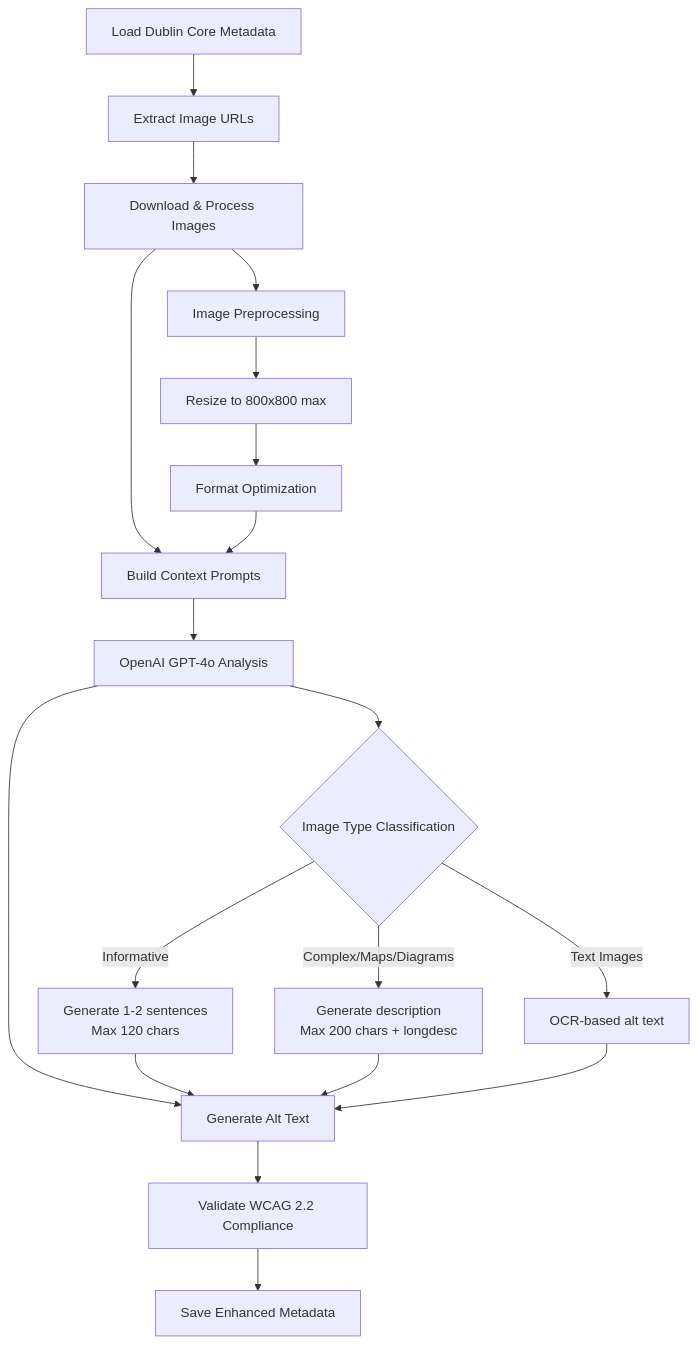
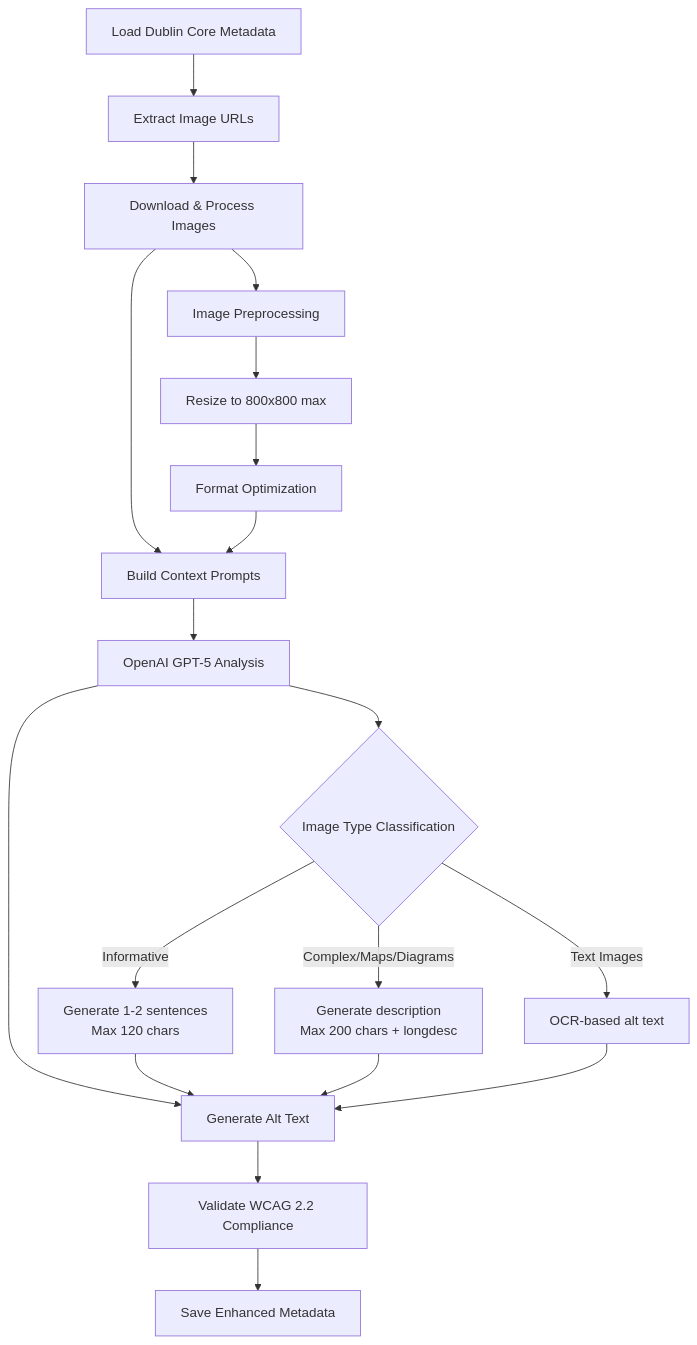
Before and after one commit to maehr/dublin-core-metadata-enhancer: the second of 7 diagrams in documentation/metadata-enhancement.md, drawn with Mermaid. The commit also changed other lines of this file and 6 other files, not shown here.

````diff
--- a/documentation/metadata-enhancement.md
+++ b/documentation/metadata-enhancement.md
@@ -45,24 +45,24 @@
 ```{mermaid}
 graph TD
     A[Load Dublin Core Metadata] --> B[Extract Image URLs]
     B --> C[Download & Process Images]
     C --> D[Build Context Prompts]
-    D --> E[OpenAI GPT-4o Analysis]
+    D --> E[OpenAI GPT-5 Analysis]
     E --> F[Generate Alt Text]
     F --> G[Validate WCAG 2.2 Compliance]
     G --> H[Save Enhanced Metadata]
 
     C --> I[Image Preprocessing]
     I --> J[Resize to 800x800 max]
     J --> K[Format Optimization]
     K --> D
 
     E --> L{Image Type Classification}
     L -->|Informative| M[Generate 1-2 sentences<br/>Max 120 chars]
     L -->|Complex/Maps/Diagrams| N[Generate description<br/>Max 200 chars + longdesc]
     L -->|Text Images| O[OCR-based alt text]
 
     M --> F
     N --> F
     O --> F
 ```
````
